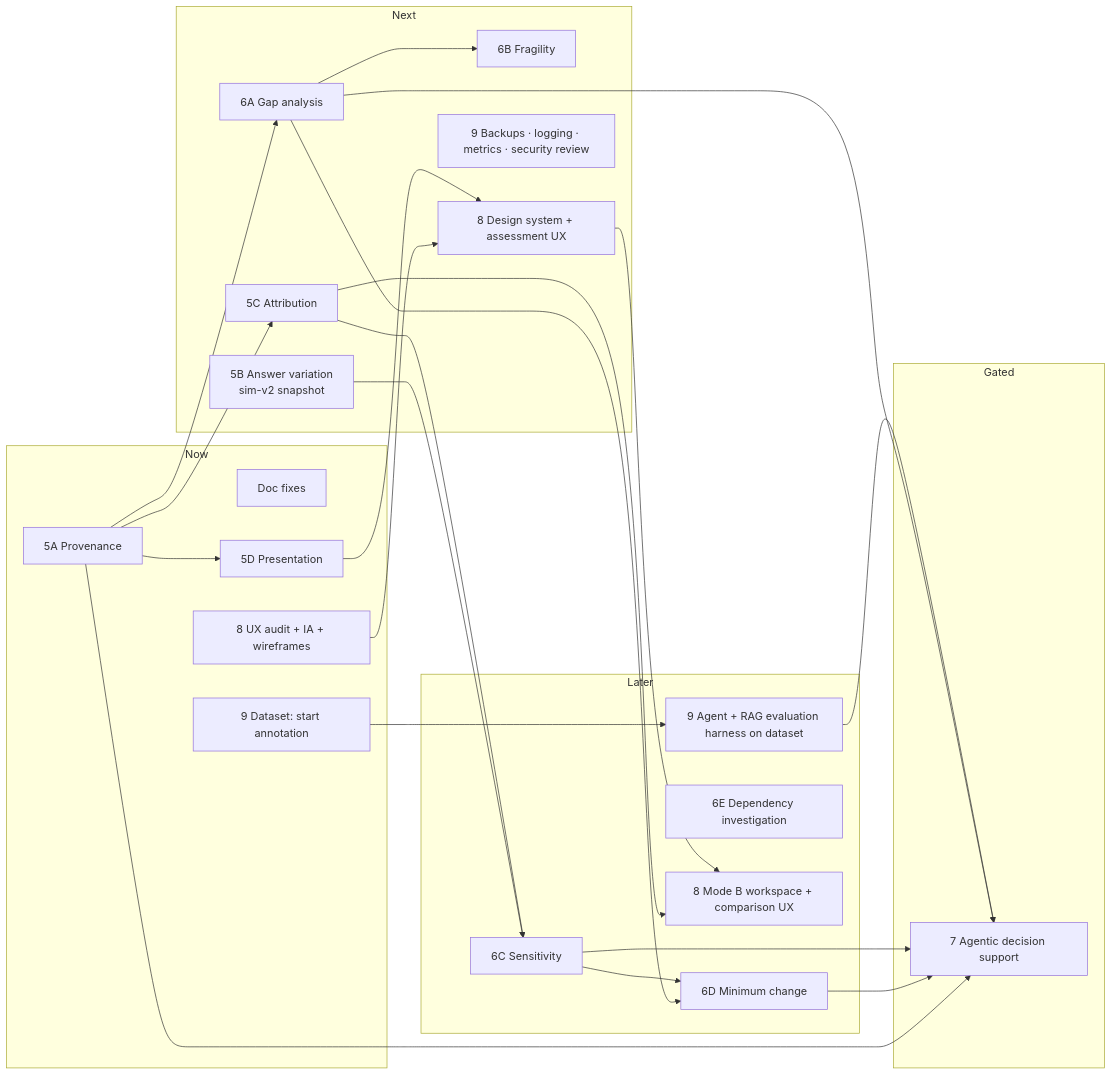
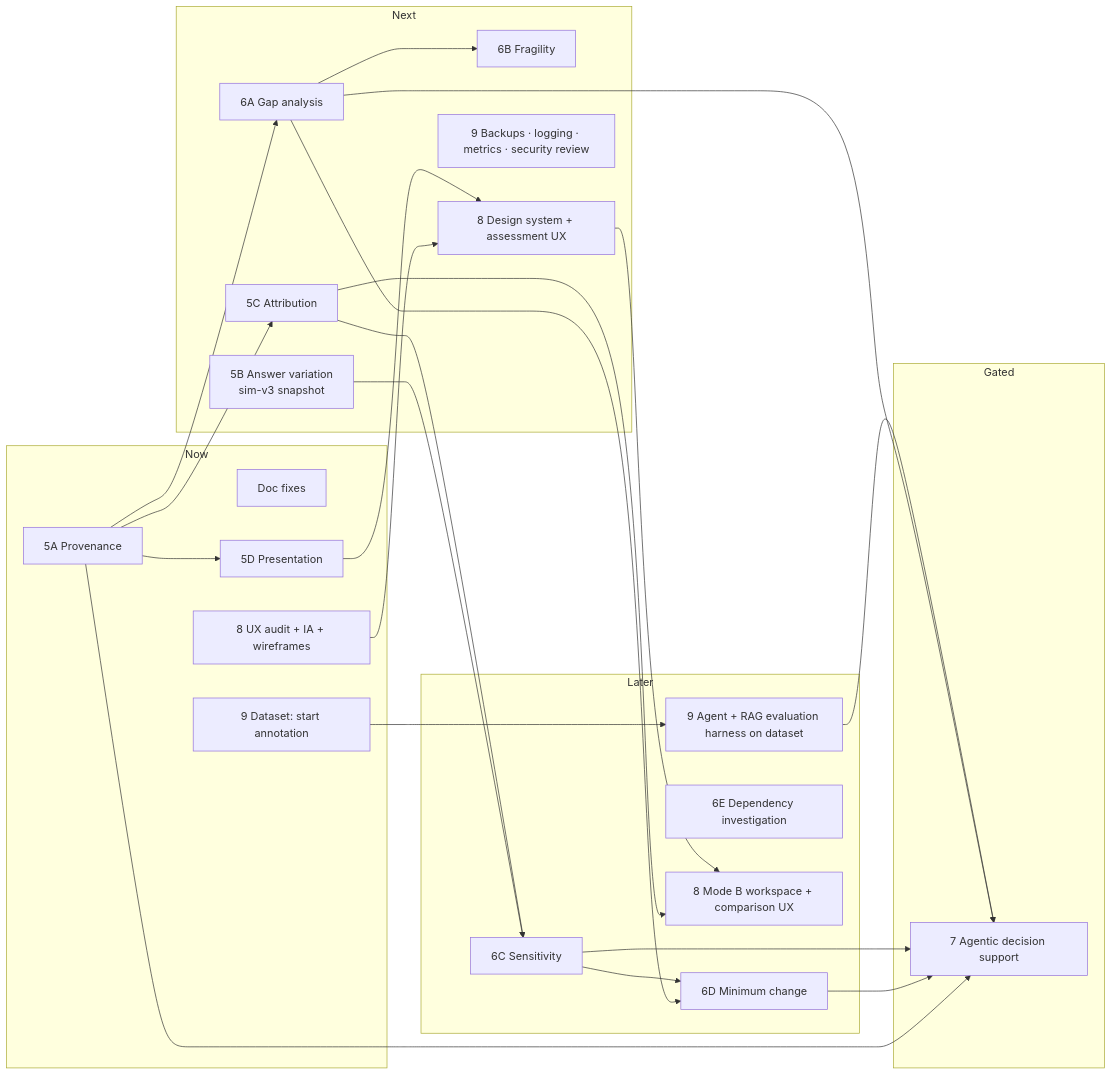
Before and after one commit to lachgarsamia/TenderFit: the diagram in docs/PRODUCT_ROADMAP.md, drawn with Mermaid. The commit also changed other lines of this file and 25 other files, not shown here.

````diff
--- a/docs/PRODUCT_ROADMAP.md
+++ b/docs/PRODUCT_ROADMAP.md
@@ -91,38 +91,38 @@
 ```mermaid
 flowchart LR
   subgraph Now
     D0[Doc fixes]
     P5A[5A Provenance]
     P5D[5D Presentation]
     V0[9 Dataset: start annotation]
     U0[8 UX audit + IA + wireframes]
   end
   subgraph Next
     P5C[5C Attribution]
-    P5B[5B Answer variation<br/>sim-v2 snapshot]
+    P5B[5B Answer variation<br/>sim-v3 snapshot]
     P6A[6A Gap analysis]
     P6B[6B Fragility]
     U1[8 Design system + assessment UX]
     OPS[9 Backups · logging · metrics · security review]
   end
   subgraph Later
     P6C[6C Sensitivity]
     P6D[6D Minimum change]
     P6E[6E Dependency investigation]
     U2[8 Mode B workspace + comparison UX]
     EVAL[9 Agent + RAG evaluation harness on dataset]
   end
   subgraph Gated
     P7[7 Agentic decision support]
   end
   P5A --> P5D --> U1
   P5A --> P5C --> P6C --> P6D
   P5A --> P6A --> P6D
   P5B --> P6C
   P6A --> P6B
   U0 --> U1 --> U2
   P5C --> U2
   V0 --> EVAL --> P7
   P6A & P6C & P6D --> P7
   P5A --> P7
 ```
````
